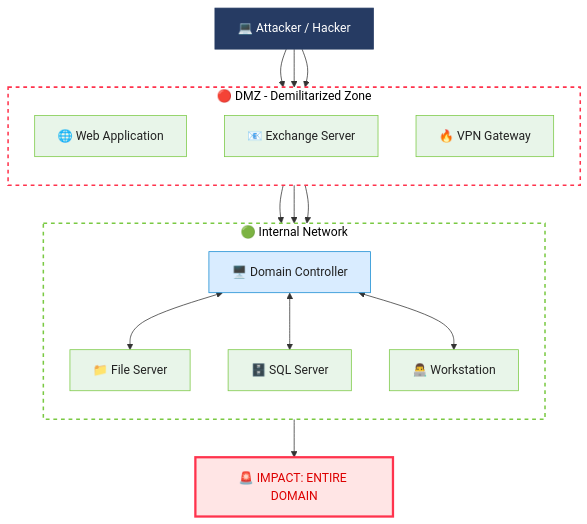
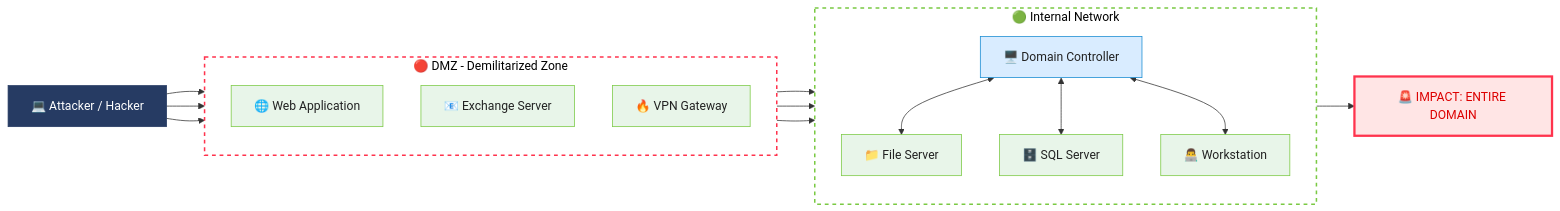
One commit to farizrepo/soc changed the diagram in 01-Active-Directory/Initial-Access-Investigation.md. Above: the diagram before and after it, drawn with Mermaid.

````diff
--- a/01-Active-Directory/Initial-Access-Investigation.md
+++ b/01-Active-Directory/Initial-Access-Investigation.md
@@ -3,46 +3,46 @@
 ```mermaid
-graph TD;
+graph LR;
   A["💻 Attacker / Hacker"]
 
     subgraph DMZ["🔴 DMZ - Demilitarized Zone"]
         direction TB
         B["🌐 Web Application"]
         C["📧 Exchange Server"]
         D["🔥 VPN Gateway"]
     end
 
     subgraph INTERNAL["🟢 Internal Network"]
         direction TB
         E["🖥️ Domain Controller"]
         F["📁 File Server"]
         G["🗄️ SQL Server"]
         H["👨‍💻 Workstation"]
     end
 
     A --> B
     A --> C
     A --> D
 
     B --> E
     C --> E
     D --> E
 
     E <--> F
     E <--> G
     E <--> H
 
     E --> I["🚨 IMPACT: ENTIRE DOMAIN"]
 
     style A fill:#263b63,color:#fff,stroke:#263b63
     style B fill:#e8f5e9,stroke:#7ac943,color:#222
     style C fill:#e8f5e9,stroke:#7ac943,color:#222
     style D fill:#e8f5e9,stroke:#7ac943,color:#222
     style E fill:#d9ecff,stroke:#168bd2,color:#222
     style F fill:#e8f5e9,stroke:#7ac943,color:#222
     style G fill:#e8f5e9,stroke:#7ac943,color:#222
     style H fill:#e8f5e9,stroke:#7ac943,color:#222
     style I fill:#ffe5e5,stroke:#ff334d,color:#d00,stroke-width:3px
 
     style DMZ fill:#fff,color:#000000,stroke:#ff334d,stroke-width:2px,stroke-dasharray:5 5
     style INTERNAL fill:#fff,color:#000000,stroke:#7ac943,stroke-width:2px,stroke-dasharray:5 5
 ```
````
